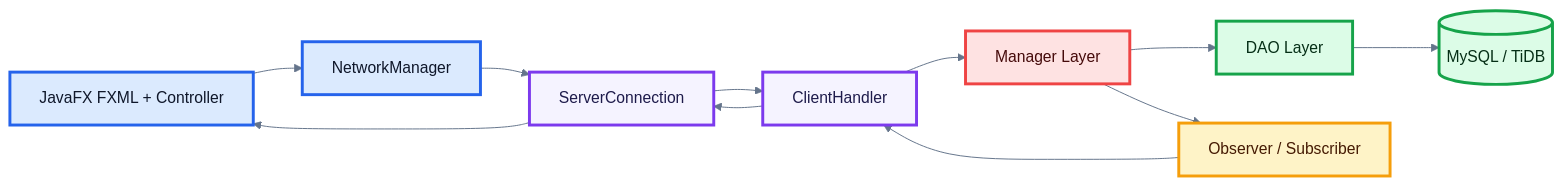
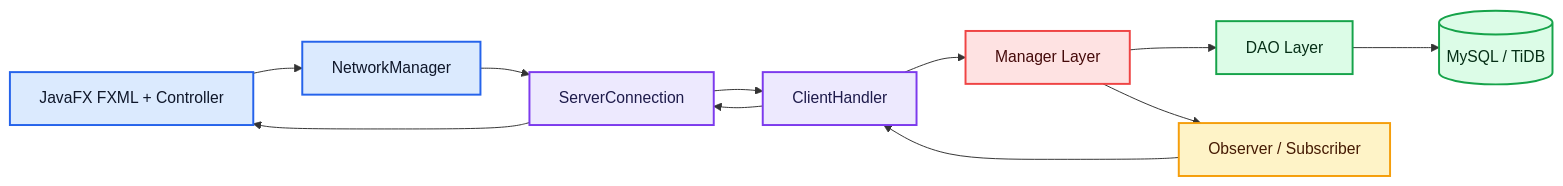
Before and after one commit to vuminhlong15122007-lab/SnowFlake: the diagram in README.md, drawn with Mermaid. The commit also changed other lines of this file, not shown here.

````diff
--- a/README.md
+++ b/README.md
@@ -198,26 +57,26 @@
 ```mermaid
-%%{init: {"theme": "base", "themeVariables": {"fontFamily": "Inter, Segoe UI, Arial", "primaryTextColor": "#0f172a", "lineColor": "#64748b"}}}%%
 flowchart LR
     UI["JavaFX FXML + Controller"] --> NM["NetworkManager"]
     NM --> SC["ServerConnection"]
     SC --> CH["ClientHandler"]
     CH --> M["Manager Layer"]
     M --> DAO["DAO Layer"]
     DAO --> DB[("MySQL / TiDB")]
+
     M --> OBS["Observer / Subscriber"]
     OBS --> CH
     CH --> SC
     SC --> UI
 
-    classDef client fill:#dbeafe,stroke:#2563eb,stroke-width:3px,color:#0f172a
-    classDef network fill:#f5f3ff,stroke:#7c3aed,stroke-width:3px,color:#1e1b4b
-    classDef server fill:#fee2e2,stroke:#ef4444,stroke-width:3px,color:#450a0a
-    classDef data fill:#dcfce7,stroke:#16a34a,stroke-width:3px,color:#052e16
-    classDef observer fill:#fef3c7,stroke:#f59e0b,stroke-width:3px,color:#451a03
+    classDef client fill:#dbeafe,stroke:#2563eb,stroke-width:2px,color:#0f172a
+    classDef socket fill:#ede9fe,stroke:#7c3aed,stroke-width:2px,color:#1e1b4b
+    classDef server fill:#fee2e2,stroke:#ef4444,stroke-width:2px,color:#450a0a
+    classDef data fill:#dcfce7,stroke:#16a34a,stroke-width:2px,color:#052e16
+    classDef realtime fill:#fef3c7,stroke:#f59e0b,stroke-width:2px,color:#451a03
 
     class UI,NM client
-    class SC,CH network
+    class SC,CH socket
     class M server
     class DAO,DB data
-    class OBS observer
+    class OBS realtime
 ```
````
